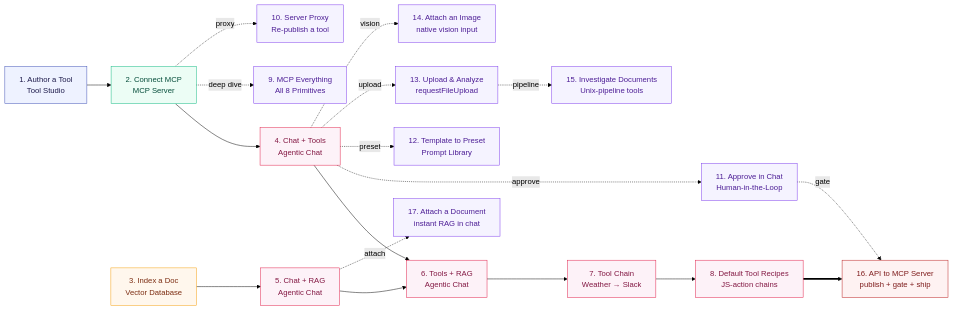
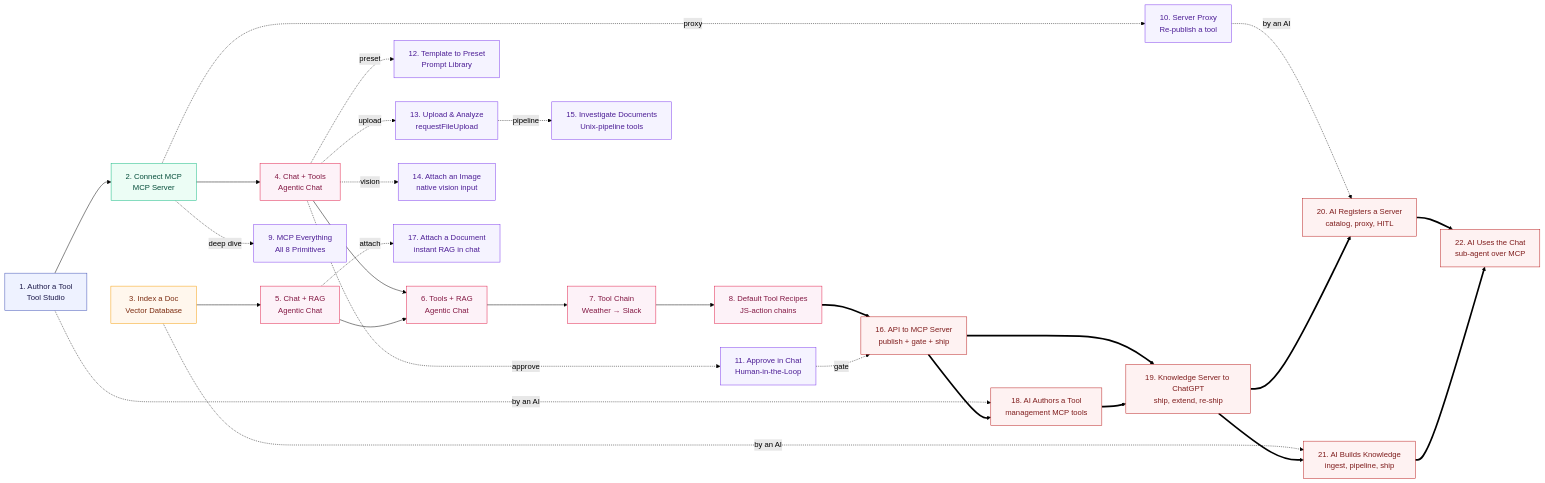
The diagram in docs/tutorials/index.md (spring-ai-community/spring-ai-playground), drawn with Mermaid (forest theme) before and after one commit. The commit also changed other lines of this file and 60 other files, not shown here.

Commit message:
docs: add the architecture pages, the ai guides page and tutorials 18 to 22

````diff
--- a/docs/tutorials/index.md
+++ b/docs/tutorials/index.md
@@ -11,49 +11,64 @@
 ```mermaid
 flowchart LR
   T1["1. Author a Tool<br/>Tool Studio"]
   T2["2. Connect MCP<br/>MCP Server"]
   T3["3. Index a Doc<br/>Vector Database"]
   T4["4. Chat + Tools<br/>Agentic Chat"]
   T5["5. Chat + RAG<br/>Agentic Chat"]
   T6["6. Tools + RAG<br/>Agentic Chat"]
   T7["7. Tool Chain<br/>Weather → Slack"]
   T8["8. Default Tool Recipes<br/>JS-action chains"]
   T9["9. MCP Everything<br/>All 8 Primitives"]
   T10["10. Server Proxy<br/>Re-publish a tool"]
   T11["11. Approve in Chat<br/>Human-in-the-Loop"]
   T12["12. Template to Preset<br/>Prompt Library"]
   T13["13. Upload & Analyze<br/>requestFileUpload"]
   T14["14. Attach an Image<br/>native vision input"]
   T15["15. Investigate Documents<br/>Unix-pipeline tools"]
   T16["16. API to MCP Server<br/>publish + gate + ship"]
   T17["17. Attach a Document<br/>instant RAG in chat"]
+  T18["18. AI Authors a Tool<br/>management MCP tools"]
+  T19["19. Knowledge Server to ChatGPT<br/>ship, extend, re-ship"]
+  T20["20. AI Registers a Server<br/>catalog, proxy, HITL"]
+  T21["21. AI Builds Knowledge<br/>ingest, pipeline, ship"]
+  T22["22. AI Uses the Chat<br/>sub-agent over MCP"]
   T1 --> T2
   T2 --> T4
   T3 --> T5
   T4 --> T6
   T5 --> T6
   T6 --> T7
   T7 --> T8
   T2 -. deep dive .-> T9
   T2 -. proxy .-> T10
   T4 -. approve .-> T11
   T4 -. preset .-> T12
   T4 -. upload .-> T13
   T4 -. vision .-> T14
   T13 -. pipeline .-> T15
   T5 -. attach .-> T17
   T8 ==> T16
   T11 -. gate .-> T16
+  T1 -. by an AI .-> T18
+  T16 ==> T18
+  T16 ==> T19
+  T18 ==> T19
+  T10 -. by an AI .-> T20
+  T19 ==> T20
+  T3 -. by an AI .-> T21
+  T19 ==> T21
+  T20 ==> T22
+  T21 ==> T22
   classDef build fill:#eef2ff,stroke:#3F51B5,color:#1e1b4b
   classDef validate fill:#ecfdf5,stroke:#10b981,color:#064e3b
   classDef ground fill:#fff7ed,stroke:#f59e0b,color:#7c2d12
   classDef compose fill:#fdf2f8,stroke:#e11d48,color:#831843
   classDef bonus fill:#f5f3ff,stroke:#7c3aed,color:#4c1d95
   classDef ship fill:#fef2f2,stroke:#b91c1c,color:#7f1d1d
   class T1 build
   class T2 validate
   class T3 ground
   class T4,T5,T6,T7,T8 compose
   class T9,T10,T11,T12,T13,T14,T15,T17 bonus
-  class T16 ship
+  class T16,T18,T19,T20,T21,T22 ship
 ```
````
